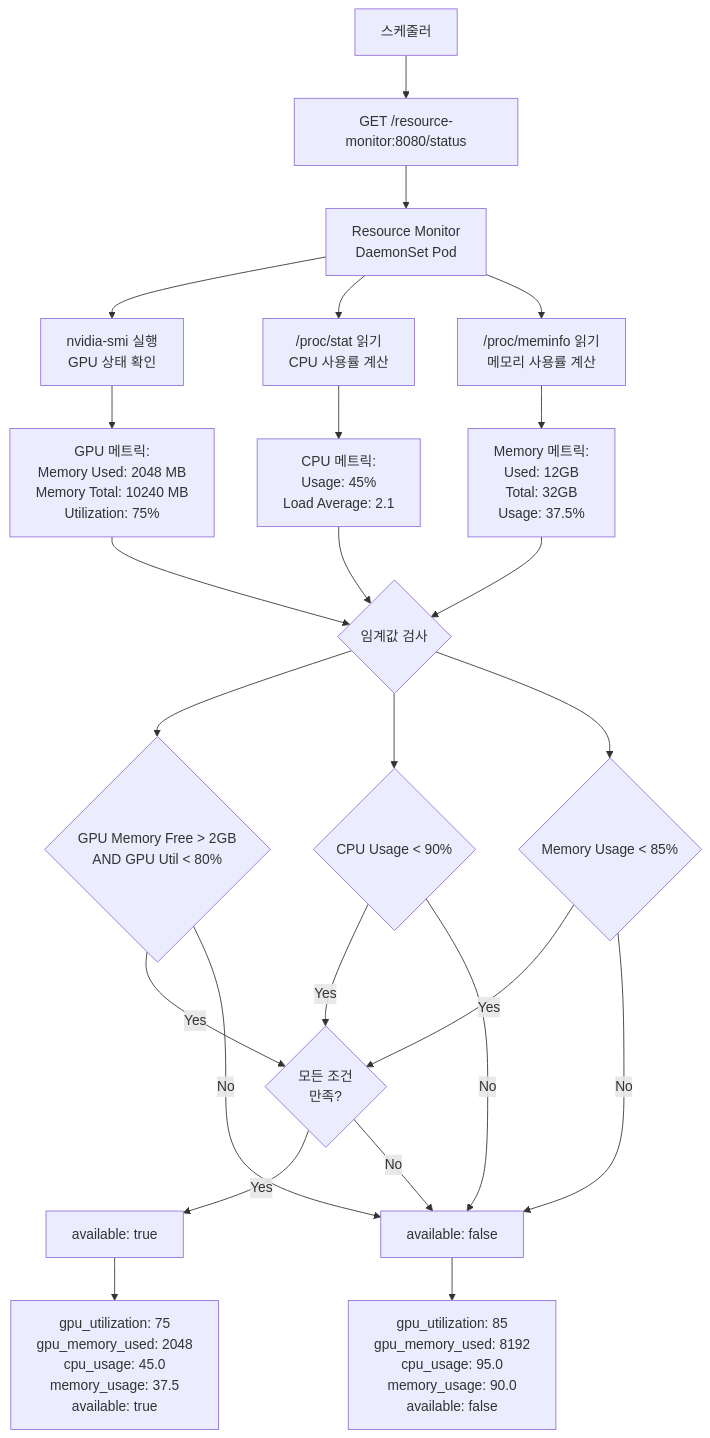
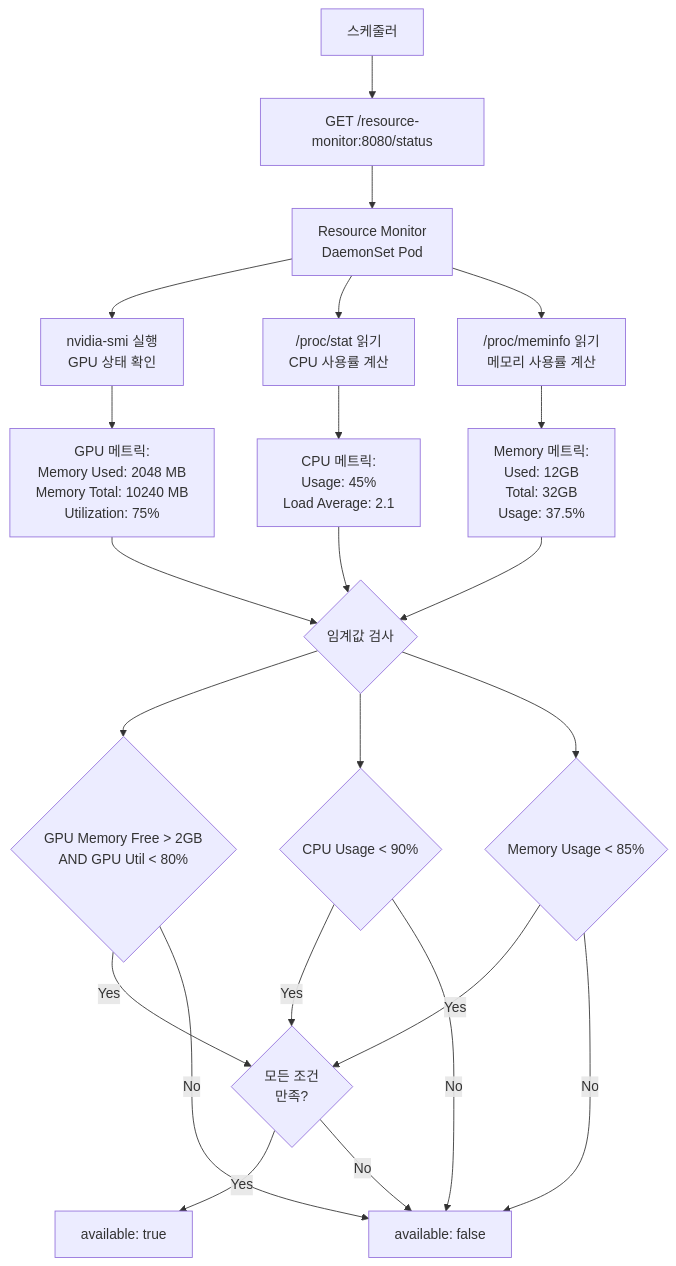
The fourth of 7 diagrams in data_flow_chart.md (DGU-CSDC-Lab/k8s-multi-container-system), drawn with Mermaid before and after one commit.

Commit message:
docs: 문서 수정

````diff
--- a/data_flow_chart.md
+++ b/data_flow_chart.md
@@ -138,60 +138,48 @@
 ```mermaid
 flowchart TD
     SCHEDULER[스케줄러] --> RESOURCE_REQ[GET /resource-monitor:8080/status]
     RESOURCE_REQ --> RESOURCE_MON["Resource Monitor
     DaemonSet Pod"]
     
     RESOURCE_MON --> GPU_CHECK["nvidia-smi 실행
     GPU 상태 확인"]
     RESOURCE_MON --> CPU_CHECK["/proc/stat 읽기
     CPU 사용률 계산"]
     RESOURCE_MON --> MEM_CHECK["/proc/meminfo 읽기
     메모리 사용률 계산"]
     
     GPU_CHECK --> GPU_METRICS["GPU 메트릭:
     Memory Used: 2048 MB
     Memory Total: 10240 MB
     Utilization: 75%"]
     
     CPU_CHECK --> CPU_METRICS["CPU 메트릭:
     Usage: 45%
     Load Average: 2.1"]
     
     MEM_CHECK --> MEM_METRICS["Memory 메트릭:
     Used: 12GB
     Total: 32GB
     Usage: 37.5%"]
     
     GPU_METRICS --> THRESHOLD_CHECK{임계값 검사}
     CPU_METRICS --> THRESHOLD_CHECK
     MEM_METRICS --> THRESHOLD_CHECK
     
     THRESHOLD_CHECK --> GPU_OK{"GPU Memory Free > 2GB
     AND GPU Util < 80%"}
     THRESHOLD_CHECK --> CPU_OK{CPU Usage < 90%}
     THRESHOLD_CHECK --> MEM_OK{Memory Usage < 85%}
     
     GPU_OK -->|Yes| AND_GATE{"모든 조건
     만족?"}
     CPU_OK -->|Yes| AND_GATE
     MEM_OK -->|Yes| AND_GATE
     
     GPU_OK -->|No| NOT_AVAILABLE[available: false]
     CPU_OK -->|No| NOT_AVAILABLE
     MEM_OK -->|No| NOT_AVAILABLE
     
     AND_GATE -->|Yes| AVAILABLE[available: true]
     AND_GATE -->|No| NOT_AVAILABLE
-    
-    AVAILABLE --> RESPONSE_TRUE["gpu_utilization: 75
-    gpu_memory_used: 2048
-    cpu_usage: 45.0
-    memory_usage: 37.5
-    available: true"]
-    
-    NOT_AVAILABLE --> RESPONSE_FALSE["gpu_utilization: 85
-    gpu_memory_used: 8192
-    cpu_usage: 95.0
-    memory_usage: 90.0
-    available: false"]
 ```
````
